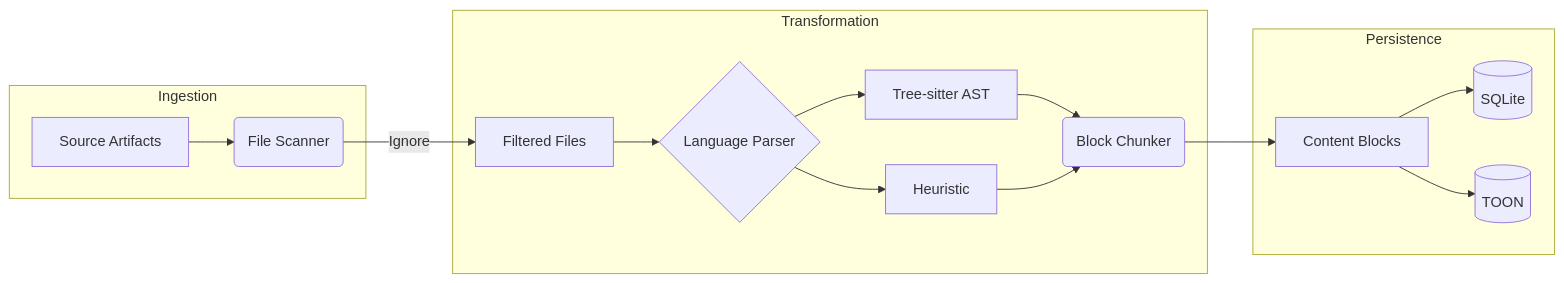
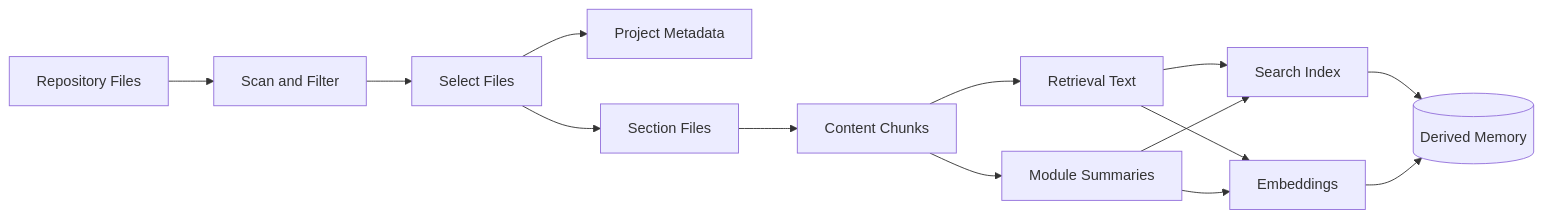
One commit to konteks/cli changed the diagram in docs/core-concepts/extraction.md. Above: the diagram before and after it, drawn with Mermaid. The commit also changed other lines of this file and 3 other files, not shown here.

````diff
--- a/docs/core-concepts/extraction.md
+++ b/docs/core-concepts/extraction.md
@@ -5,22 +7,16 @@
 ```mermaid
 graph LR
-    subgraph Ingestion
-    Source[Source Artifacts] --> Scanner(File Scanner)
-    end
-
-    Scanner -- "Ignore" --> Filtered[Filtered Files]
-    
-    subgraph Transformation
-    Filtered --> Parser{Language Parser}
-    Parser --> TS[Tree-sitter AST]
-    Parser --> H[Heuristic]
-    TS & H --> Chunker(Block Chunker)
-    end
-
-    Chunker --> Blocks[Content Blocks]
-    
-    subgraph Persistence
-    Blocks --> SQLite[(SQLite)]
-    Blocks --> TOON[(TOON)]
-    end
+    Source[Repository Files] --> Scan[Scan and Filter]
+    Scan --> Select[Select Files]
+    Select --> Metadata[Project Metadata]
+    Select --> Section[Section Files]
+    Section --> Chunks[Content Chunks]
+    Chunks --> Retrieval[Retrieval Text]
+    Retrieval --> Index[Search Index]
+    Retrieval --> Embed[Embeddings]
+    Chunks --> Modules[Module Summaries]
+    Modules --> Index
+    Modules --> Embed
+    Index --> Memory[(Derived Memory)]
+    Embed --> Memory
 ```
````
